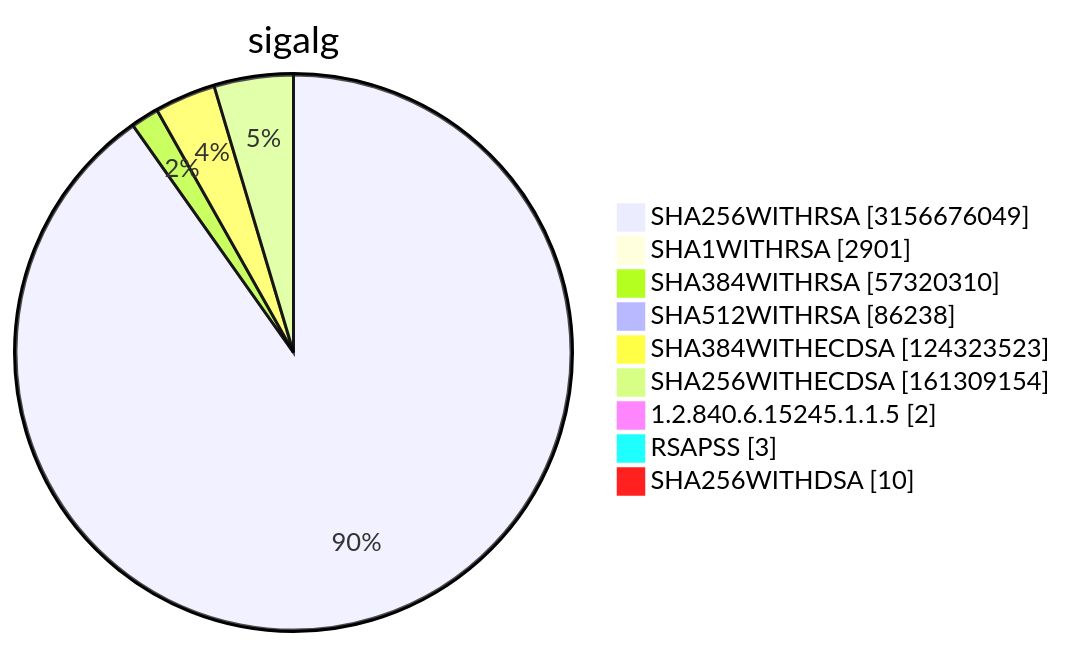
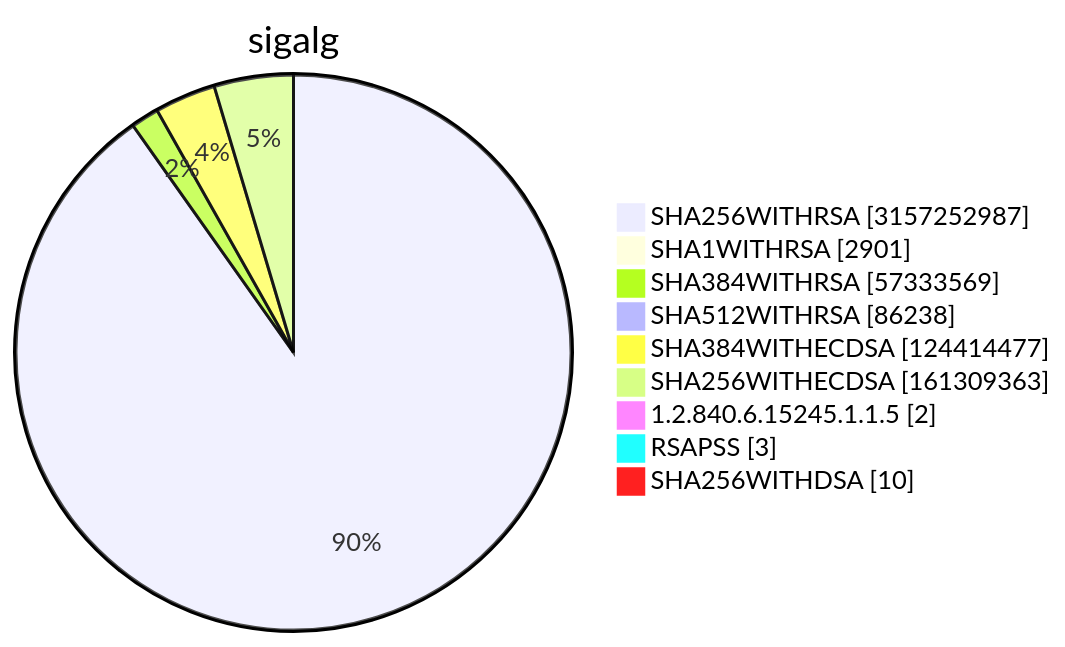
Diagram 15 of 15 in TOTAL/README.md (christiankrug/ctmonitor_visualization), drawn with Mermaid before and after one commit. The commit also changed other lines of this file, not shown here.

````diff
--- a/TOTAL/README.md
+++ b/TOTAL/README.md
@@ -6215,13 +6215,13 @@
 ```mermaid
 pie showData
 title sigalg
-"SHA256WITHRSA" :3156676049
+"SHA256WITHRSA" :3157252987
 "SHA1WITHRSA" :2901
-"SHA384WITHRSA" :57320310
+"SHA384WITHRSA" :57333569
 "SHA512WITHRSA" :86238
-"SHA384WITHECDSA" :124323523
-"SHA256WITHECDSA" :161309154
+"SHA384WITHECDSA" :124414477
+"SHA256WITHECDSA" :161309363
 "1.2.840.6.15245.1.1.5" :2
 "RSAPSS" :3
 "SHA256WITHDSA" :10
 ```
````
